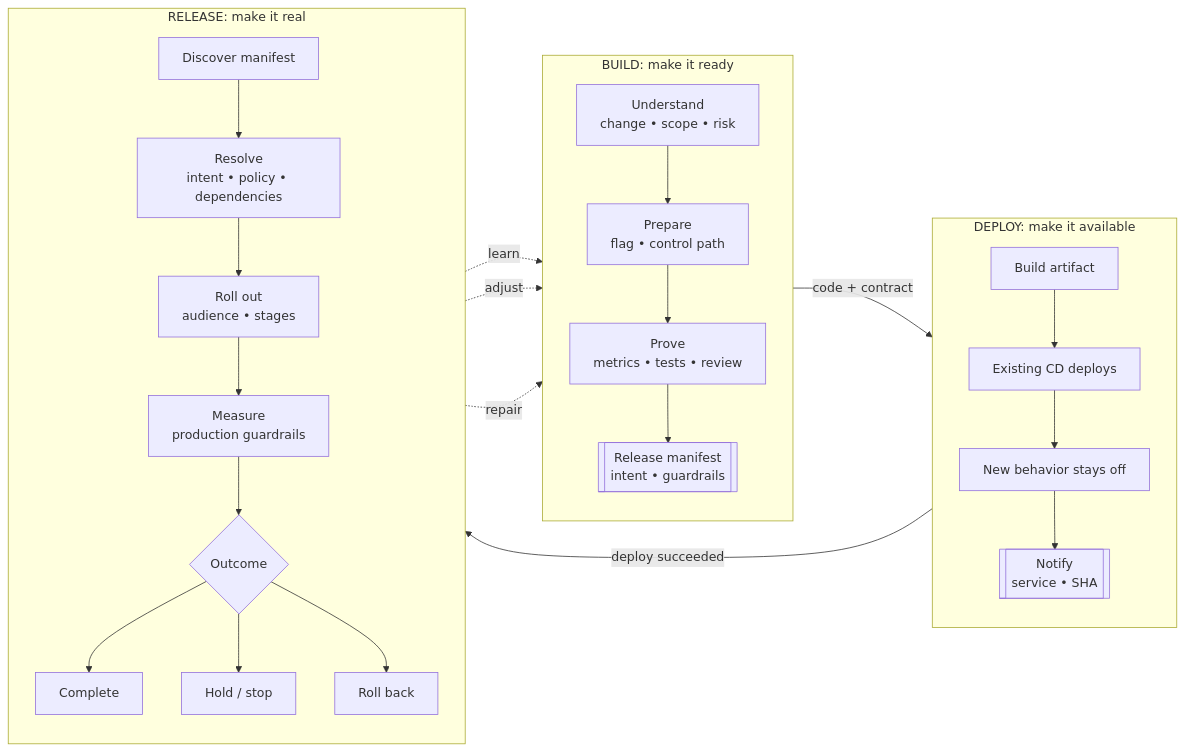
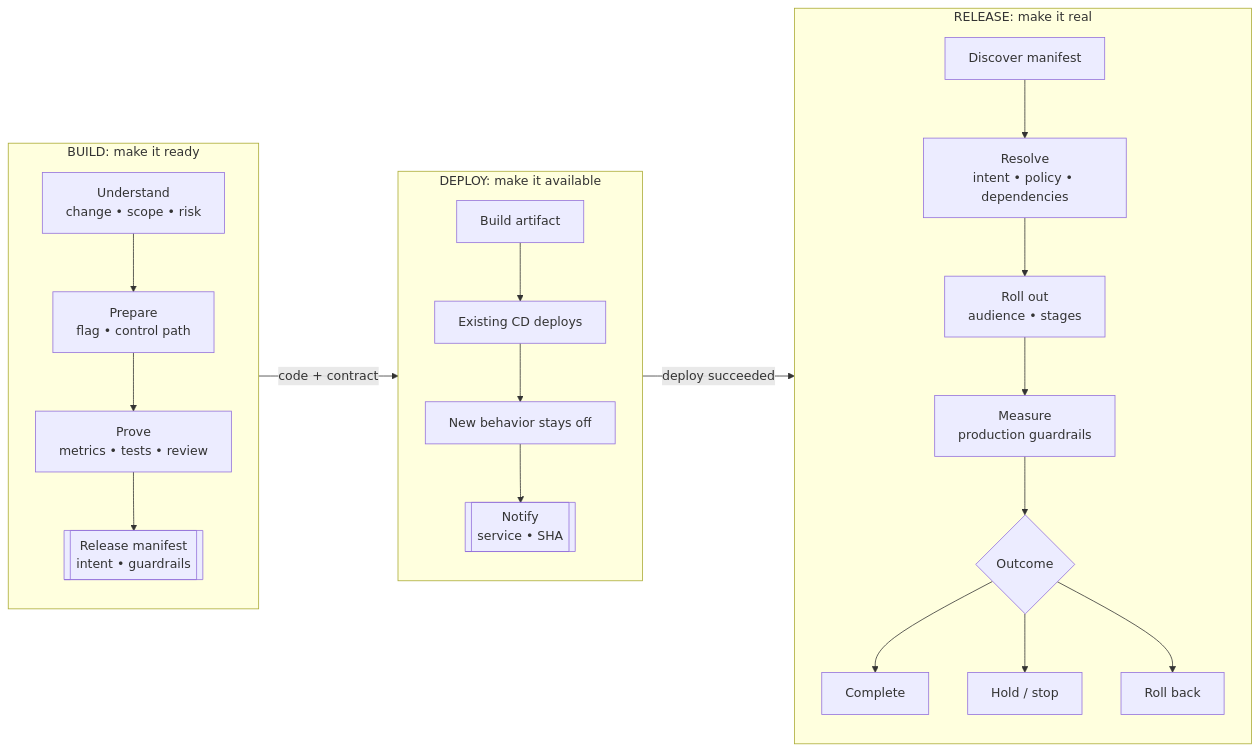
One commit to launchdarkly-labs/launchdarkly-auto-factory changed the diagram in README.md. Above: the diagram before and after it, drawn with Mermaid.

Commit message:
Keep factory diagram in stage order

````diff
--- a/README.md
+++ b/README.md
@@ -20,42 +20,39 @@
 ```mermaid
 flowchart LR
     subgraph BUILD["BUILD: make it ready"]
         direction TB
         B1["Understand<br/>change • scope • risk"]
         B2["Prepare<br/>flag • control path"]
         B3["Prove<br/>metrics • tests • review"]
         B4[["Release manifest<br/>intent • guardrails"]]
         B1 --> B2 --> B3 --> B4
     end
 
     subgraph DEPLOY["DEPLOY: make it available"]
         direction TB
         D1["Build artifact"]
         D2["Existing CD deploys"]
         D3["New behavior stays off"]
         D4[["Notify<br/>service • SHA"]]
         D1 --> D2 --> D3 --> D4
     end
 
     subgraph RELEASE["RELEASE: make it real"]
         direction TB
         R1["Discover manifest"]
         R2["Resolve<br/>intent • policy • dependencies"]
         R3["Roll out<br/>audience • stages"]
         R4["Measure<br/>production guardrails"]
         R5{"Outcome"}
         R6["Complete"]
         R7["Hold / stop"]
         R8["Roll back"]
         R1 --> R2 --> R3 --> R4 --> R5
         R5 --> R6
         R5 --> R7
         R5 --> R8
     end
 
     B4 -->|"code + contract"| D1
     D4 -->|"deploy succeeded"| R1
-    R6 -.->|"learn"| B1
-    R7 -.->|"adjust"| B1
-    R8 -.->|"repair"| B1
 ```
````
